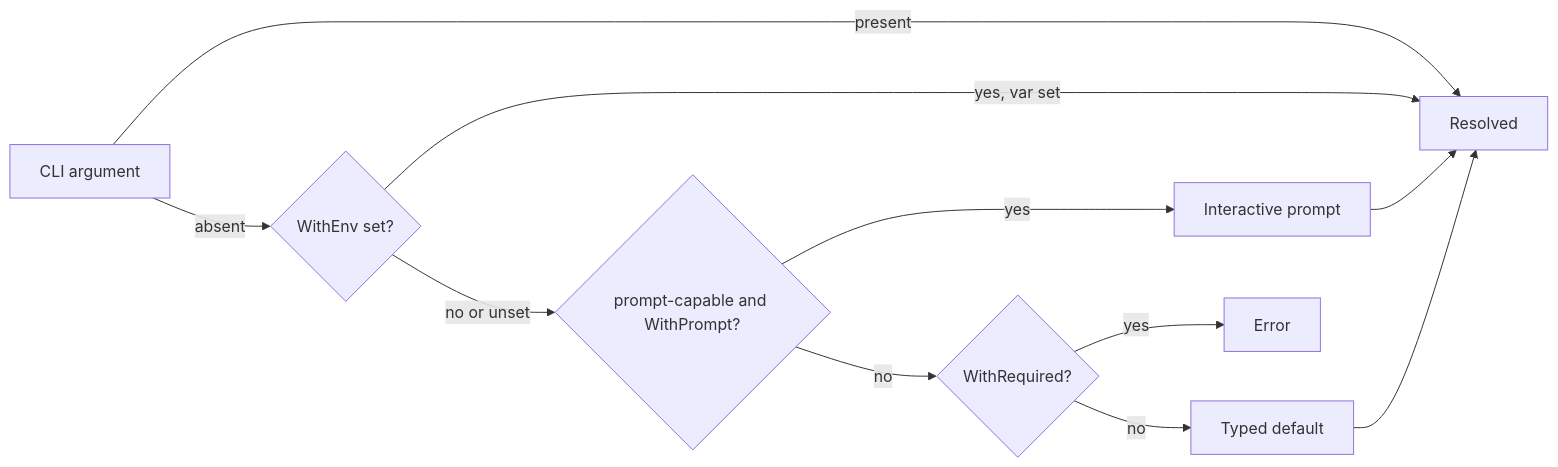
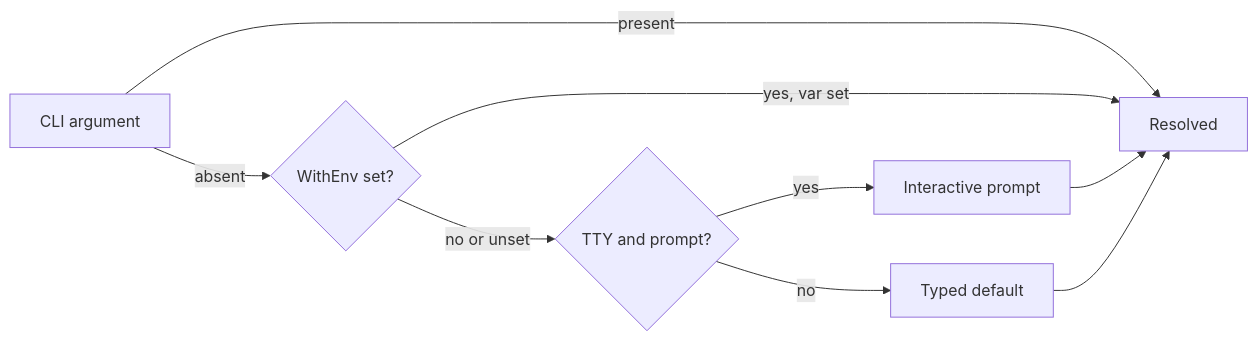
One commit to nabat-dev/nabat changed the first of 2 diagrams in README.md. Above: the diagram before and after it, drawn with Mermaid. The commit also changed other lines of this file and 35 other files, not shown here.

````diff
--- a/README.md
+++ b/README.md
@@ -364,11 +361,9 @@
 ```mermaid
 flowchart LR
     cli[CLI argument] -->|present| done[Resolved]
     cli -->|absent| envCheck{WithEnv set?}
     envCheck -->|yes, var set| done
-    envCheck -->|no or unset| promptCheck{prompt-capable and WithPrompt?}
-    promptCheck -->|yes| prompt[Interactive prompt] --> done
-    promptCheck -->|no| requiredCheck{WithRequired?}
-    requiredCheck -->|yes| fail[Error]
-    requiredCheck -->|no| def[Typed default] --> done
+    envCheck -->|no or unset| ttyCheck{TTY and prompt?}
+    ttyCheck -->|yes| prompt[Interactive prompt] --> done
+    ttyCheck -->|no| def[Typed default] --> done
 ```
````
